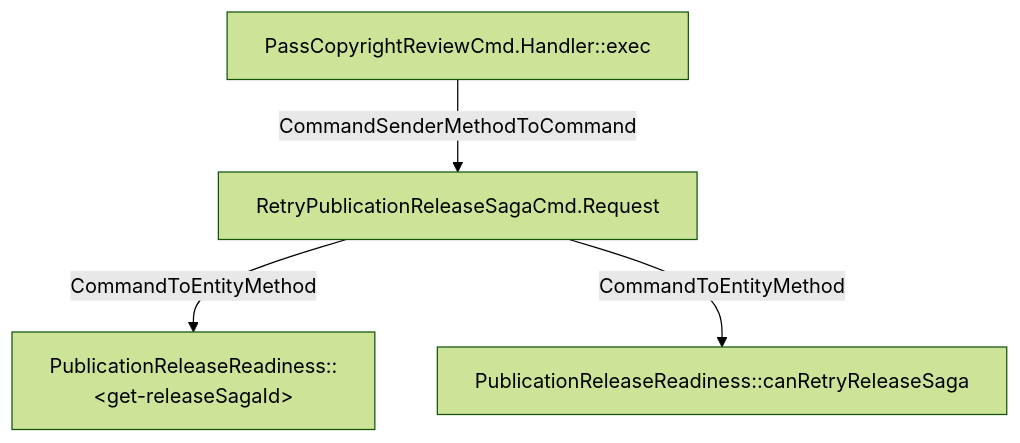
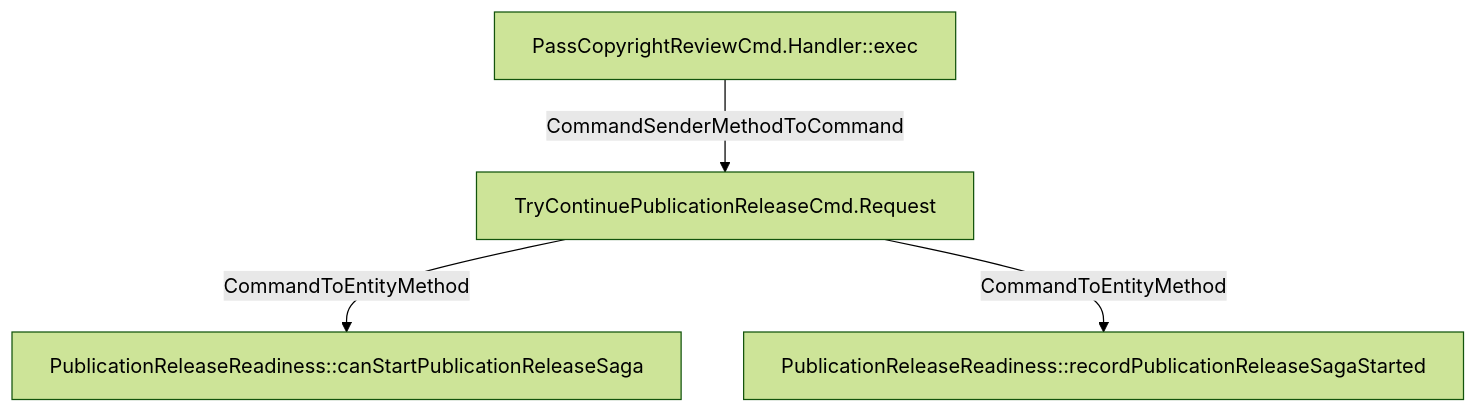
One commit to LDmoxeii/cap4k-reference-content-studio changed the diagram in analysis/flows/com_only4_cap4k_reference_contentstudio_application_commands_release_readiness_P.mmd. Above: the diagram before and after it, drawn with Mermaid (forest theme). The commit also changed 44 other files, not shown here.

```diff
--- a/analysis/flows/com_only4_cap4k_reference_contentstudio_application_commands_release_readiness_P.mmd
+++ b/analysis/flows/com_only4_cap4k_reference_contentstudio_application_commands_release_readiness_P.mmd
@@ -1,8 +1,8 @@
 flowchart TD
   N1[PassCopyrightReviewCmd.Handler::exec]
-  N2[RetryPublicationReleaseSagaCmd.Request]
-  N3[PublicationReleaseReadiness::&lt;get-releaseSagaId&gt;]
-  N4[PublicationReleaseReadiness::canRetryReleaseSaga]
+  N2[TryContinuePublicationReleaseCmd.Request]
+  N3[PublicationReleaseReadiness::canStartPublicationReleaseSaga]
+  N4[PublicationReleaseReadiness::recordPublicationReleaseSagaStarted]
   N1 -->|CommandSenderMethodToCommand| N2
   N2 -->|CommandToEntityMethod| N3
   N2 -->|CommandToEntityMethod| N4
```
